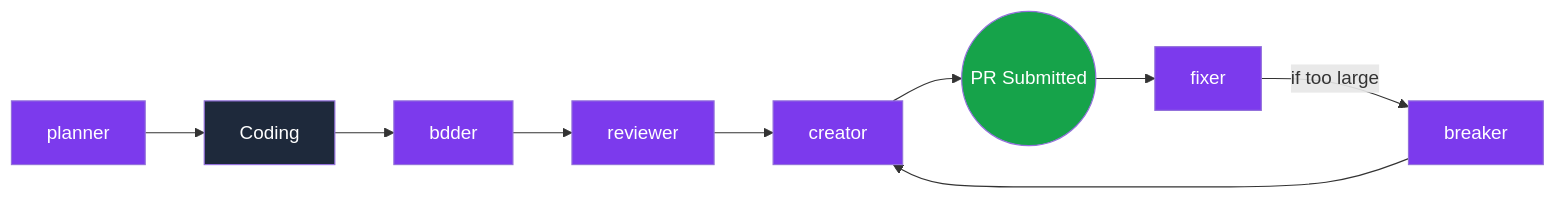
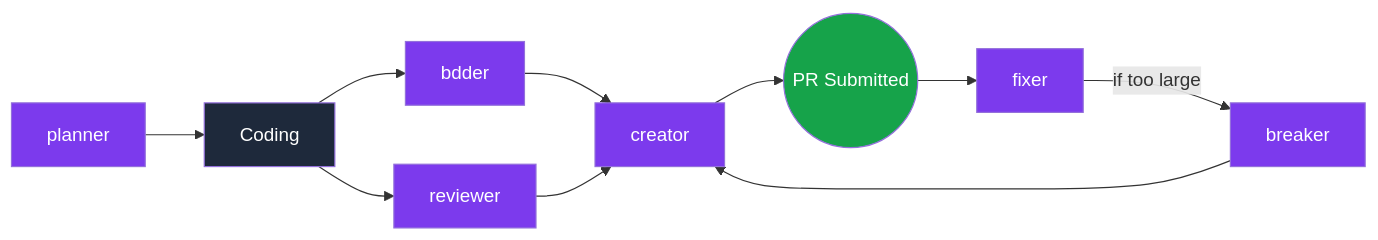
The diagram in README.md (Victorcorcos/skills), drawn with Mermaid before and after one commit. The commit also changed other lines of this file, not shown here.

````diff
--- a/README.md
+++ b/README.md
@@ -34,20 +35,21 @@
 ```mermaid
 flowchart LR
     A[planner] --> B[Coding]
     B --> C[bdder]
-    C --> D[reviewer]
+    B --> D[reviewer]
+    C --> E[creator]
     D --> E[creator]
     E --> F((PR Submitted))
     F --> G[fixer]
     G -->|if too large| H[breaker]
     H --> E
 
     style A fill:#7C3AED,color:#fff
     style C fill:#7C3AED,color:#fff
     style D fill:#7C3AED,color:#fff
     style E fill:#7C3AED,color:#fff
     style G fill:#7C3AED,color:#fff
     style H fill:#7C3AED,color:#fff
     style B fill:#1e293b,color:#fff
     style F fill:#16a34a,color:#fff
 ```
````
